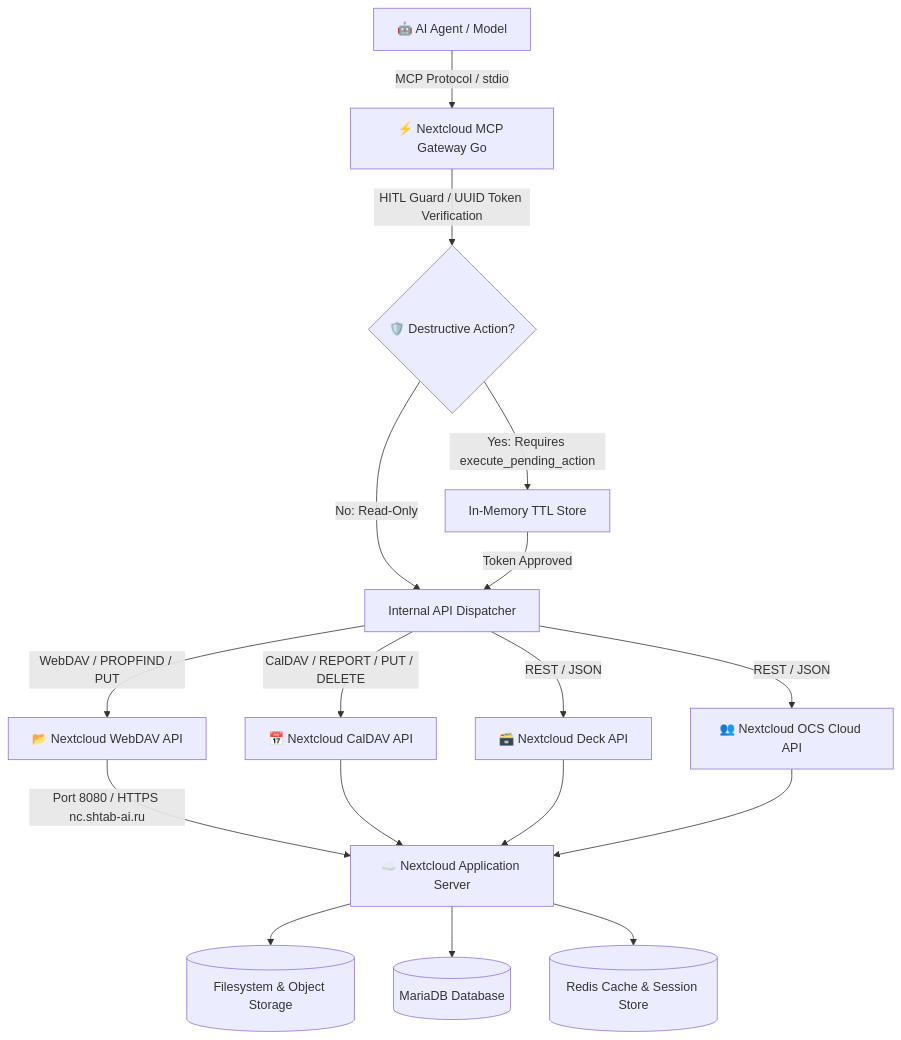
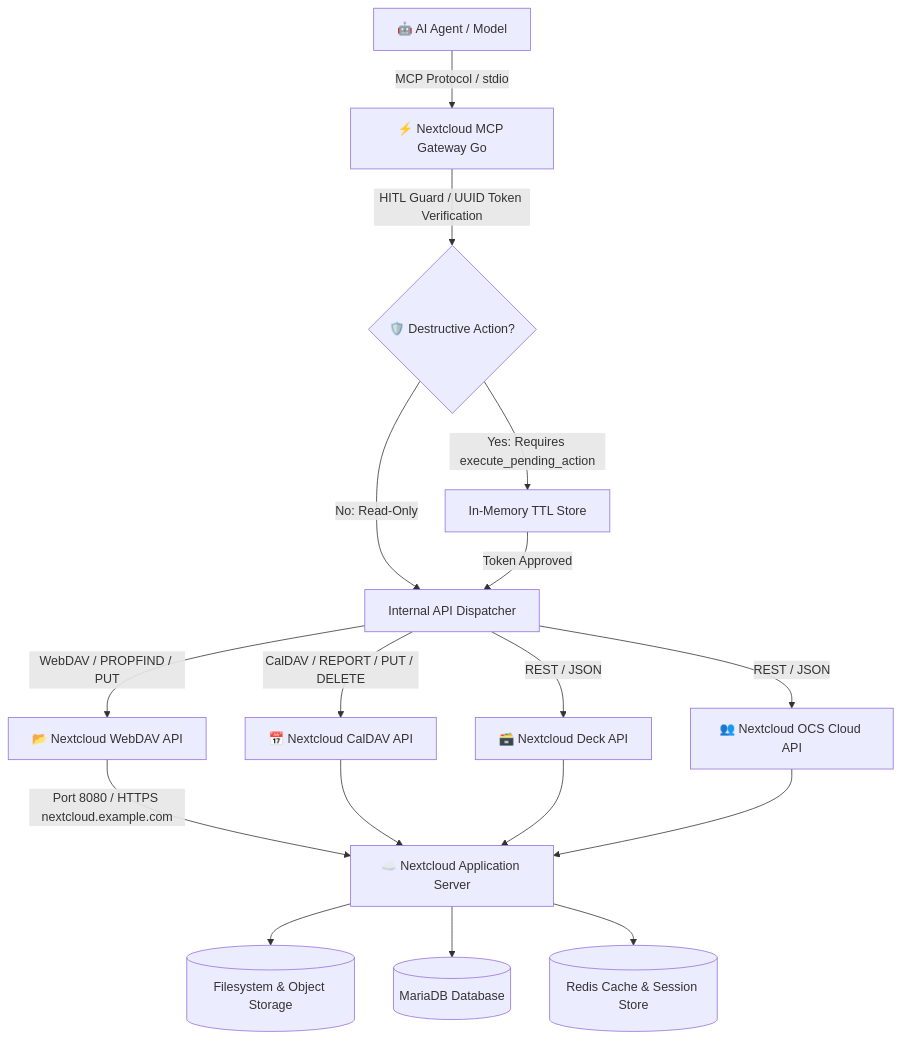
One commit to TheNovaNodes/nextcloud-mcp-gateway changed the first of 3 diagrams in ARCHITECTURE.md. Above: the diagram before and after it, drawn with Mermaid. The commit also changed 5 other files, not shown here.

````diff
--- a/ARCHITECTURE.md
+++ b/ARCHITECTURE.md
@@ -9,22 +9,22 @@
 ```mermaid
 graph TD
     Agent[🤖 AI Agent / Model] -->|MCP Protocol / stdio| GoMCP[⚡ Nextcloud MCP Gateway Go]
     GoMCP -->|HITL Guard / UUID Token Verification| Guard{🛡️ Destructive Action?}
     Guard -->|No: Read-Only| API_Router[Internal API Dispatcher]
     Guard -->|Yes: Requires execute_pending_action| Pending[In-Memory TTL Store]
     Pending -->|Token Approved| API_Router
     
     API_Router -->|WebDAV / PROPFIND / PUT| WebDAV[📂 Nextcloud WebDAV API]
     API_Router -->|CalDAV / REPORT / PUT / DELETE| CalDAV[📅 Nextcloud CalDAV API]
     API_Router -->|REST / JSON| Deck[🗃️ Nextcloud Deck API]
     API_Router -->|REST / JSON| OCS[👥 Nextcloud OCS Cloud API]
     
-    WebDAV -->|Port 8080 / HTTPS nc.shtab-ai.ru| Nextcloud[☁️ Nextcloud Application Server]
+    WebDAV -->|Port 8080 / HTTPS nextcloud.example.com| Nextcloud[☁️ Nextcloud Application Server]
     CalDAV --> Nextcloud
     Deck --> Nextcloud
     OCS --> Nextcloud
     
     Nextcloud --> Storage[(Filesystem & Object Storage)]
     Nextcloud --> DB[(MariaDB Database)]
     Nextcloud --> Cache[(Redis Cache & Session Store)]
 ```
````
